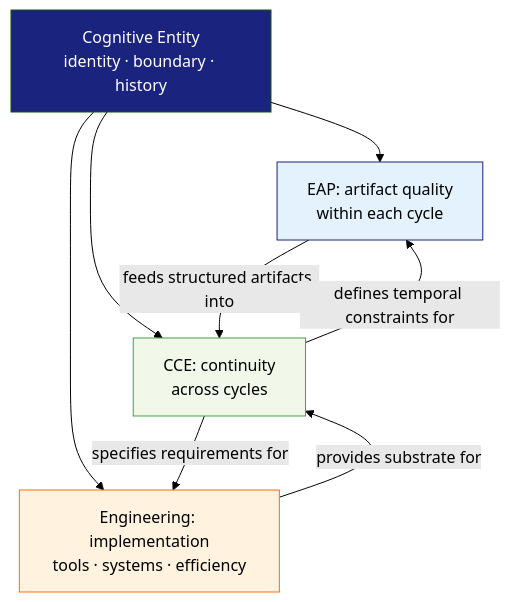
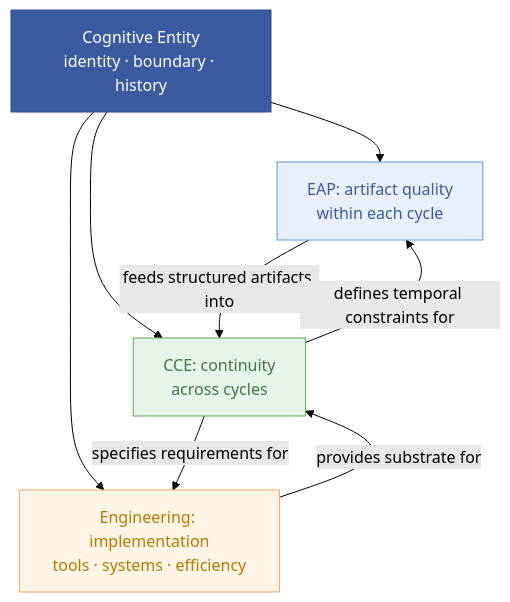
The first of 5 diagrams in README.md (tellmewhattodo/cognitive-continuity-engineering), drawn with Mermaid (forest theme) before and after one commit. The commit also changed other lines of this file, not shown here.

Commit message:
Fix Mermaid color palette for eye-friendly readability

````diff
--- a/README.md
+++ b/README.md
@@ -61,16 +61,16 @@
 ```mermaid
 flowchart TB
     CE[Cognitive Entity<br/>identity · boundary · history]
     CE --> EAP[EAP: artifact quality<br/>within each cycle]
     CE --> CCE[CCE: continuity<br/>across cycles]
     CE --> ENG[Engineering: implementation<br/>tools · systems · efficiency]
     EAP -->|feeds structured artifacts into| CCE
     CCE -->|defines temporal constraints for| EAP
     CCE -->|specifies requirements for| ENG
     ENG -->|provides substrate for| CCE
     
-    style CE fill:#1A237E,color:#fff
-    style EAP fill:#E3F2FD,stroke:#1A237E
-    style CCE fill:#F1F8E9,stroke:#43A047
-    style ENG fill:#FFF3E0,stroke:#FF6D00
+    style CE fill:#3A5BA0,color:#fff,stroke:#2A4B90
+    style EAP fill:#E8F0FE,color:#3A5BA0,stroke:#5B9BD5
+    style CCE fill:#E6F4EA,color:#3C7A3E,stroke:#5FAD56
+    style ENG fill:#FFF4E5,color:#B87A00,stroke:#F0A560
 ```
````
